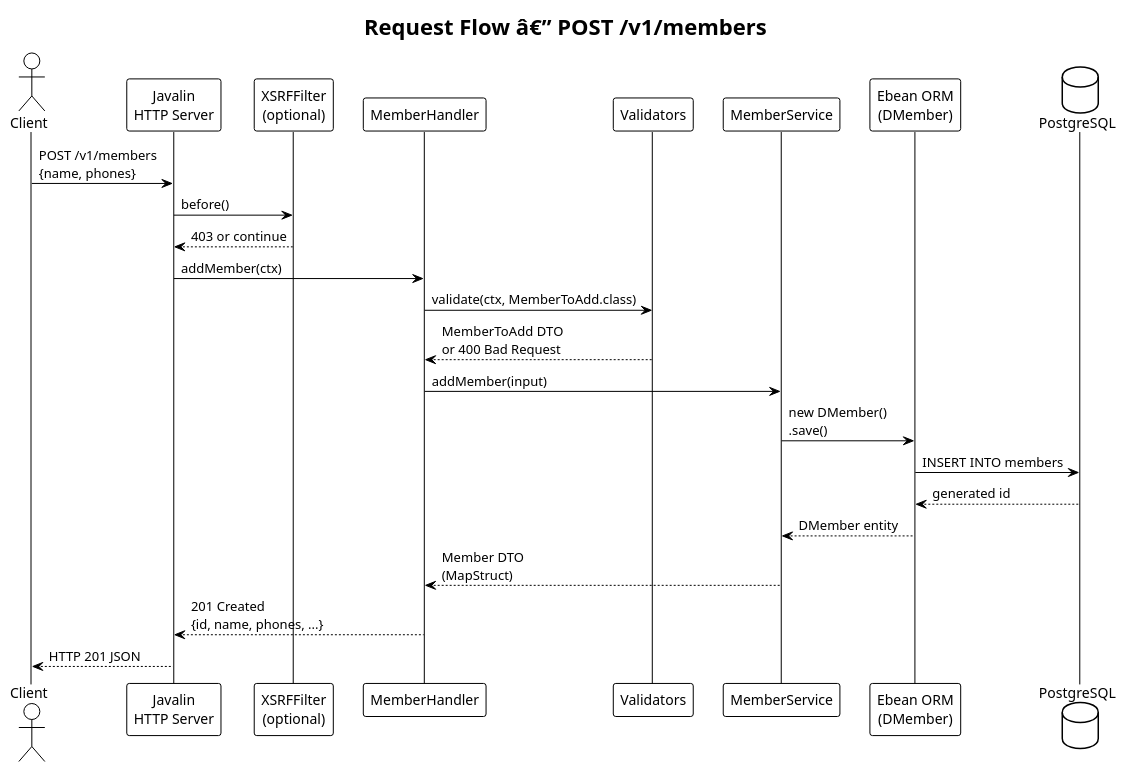
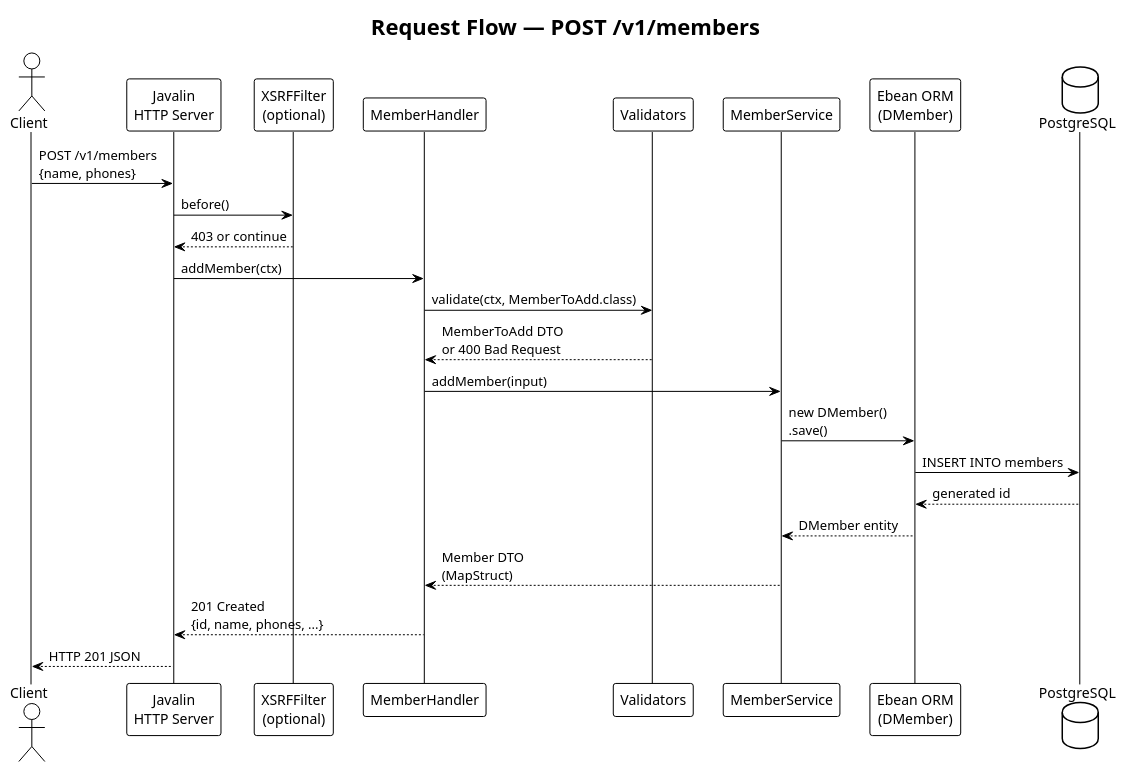
One commit to batzorigt/rest-api-template changed the third of 5 diagrams in docs/architecture.md. Above: the diagram before and after it, drawn with PlantUML. The commit also changed other lines of this file, not shown here.

Commit message:
Fix encoding issues in architecture documentation

````diff
--- a/docs/architecture.md
+++ b/docs/architecture.md
@@ -93,32 +93,32 @@
 ```plantuml
 @startuml RequestFlow
 !theme plain
-title Request Flow â€” POST /v1/members
+title Request Flow — POST /v1/members
 
 
 actor "Client" as client
 participant "Javalin\nHTTP Server" as server
 participant "XSRFFilter\n(optional)" as xsrf
 participant "MemberHandler" as handler
 participant "Validators" as validator
 participant "MemberService" as service
 participant "Ebean ORM\n(DMember)" as orm
 database "PostgreSQL" as db
 
 client -> server : POST /v1/members\n{name, phones}
 server -> xsrf : before()
 xsrf --> server : 403 or continue
 server -> handler : addMember(ctx)
 handler -> validator : validate(ctx, MemberToAdd.class)
 validator --> handler : MemberToAdd DTO\nor 400 Bad Request
 handler -> service : addMember(input)
 service -> orm : new DMember()\n.save()
 orm -> db : INSERT INTO members
 db --> orm : generated id
 orm --> service : DMember entity
 service --> handler : Member DTO\n(MapStruct)
 handler --> server : 201 Created\n{id, name, phones, ...}
 server --> client : HTTP 201 JSON
 
 @enduml
 ```
````
